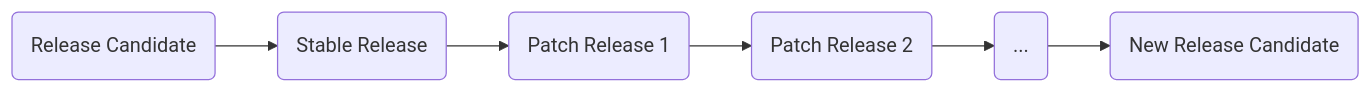
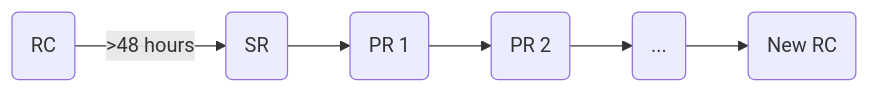
The diagram in docs/developer/release/releasing.md (grafana/agent), drawn with Mermaid before and after one commit. The commit also changed other lines of this file, not shown here.

````diff
--- a/docs/developer/release/releasing.md
+++ b/docs/developer/release/releasing.md
@@ -27,8 +27,8 @@
 ```mermaid
 flowchart LR
-    A(Release Candidate) --> B(Stable Release)
-    B --> C(Patch Release 1)
-    C --> D(Patch Release 2)
+    A(RC) -->|>48 hours| B(SR)
+    B --> C(PR 1)
+    C --> D(PR 2)
     D --> E(...)
-    E --> F(New Release Candidate)
+    E --> F(New RC)
 ```
````
